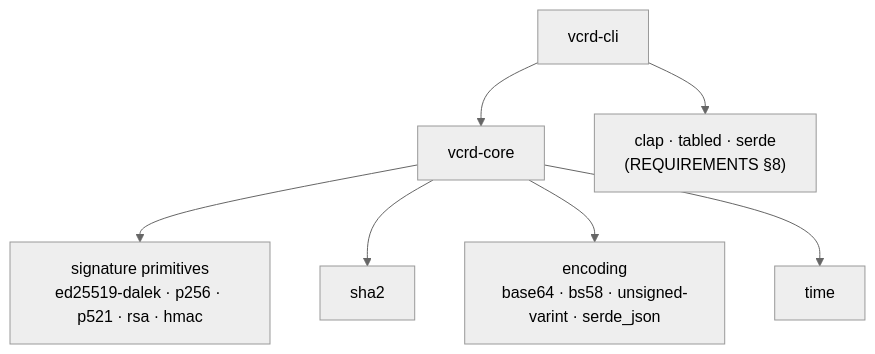
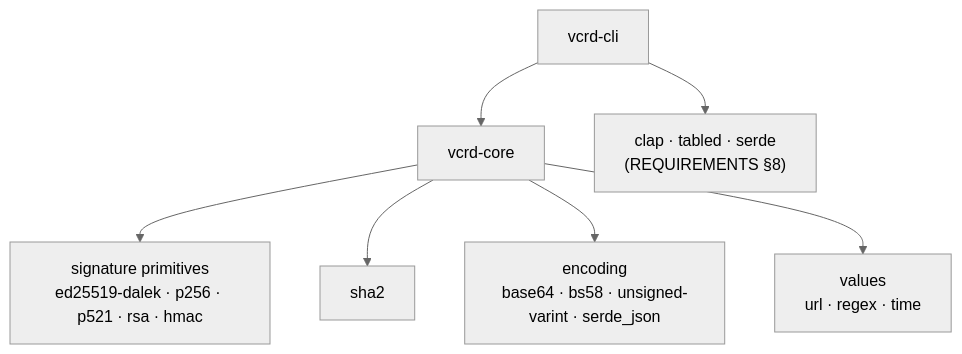
Before and after one commit to davidchaiken/vcrd: the first of 2 diagrams in ARCHITECTURE.md, drawn with Mermaid (neutral theme). The commit also changed other lines of this file and 30 other files, not shown here.

````diff
--- a/ARCHITECTURE.md
+++ b/ARCHITECTURE.md
@@ -43,9 +43,9 @@
 ```mermaid
 flowchart TB
     cli["vcrd-cli"] --> core["vcrd-core"]
     cli --> clidep["clap · tabled · serde<br/>(REQUIREMENTS §8)"]
     core --> sig["signature primitives<br/>ed25519-dalek · p256 · p521 · rsa · hmac"]
     core --> hash["sha2"]
     core --> enc["encoding<br/>base64 · bs58 · unsigned-varint · serde_json"]
-    core --> time["time"]
+    core --> vals["values<br/>url · regex · time"]
 ```
````
